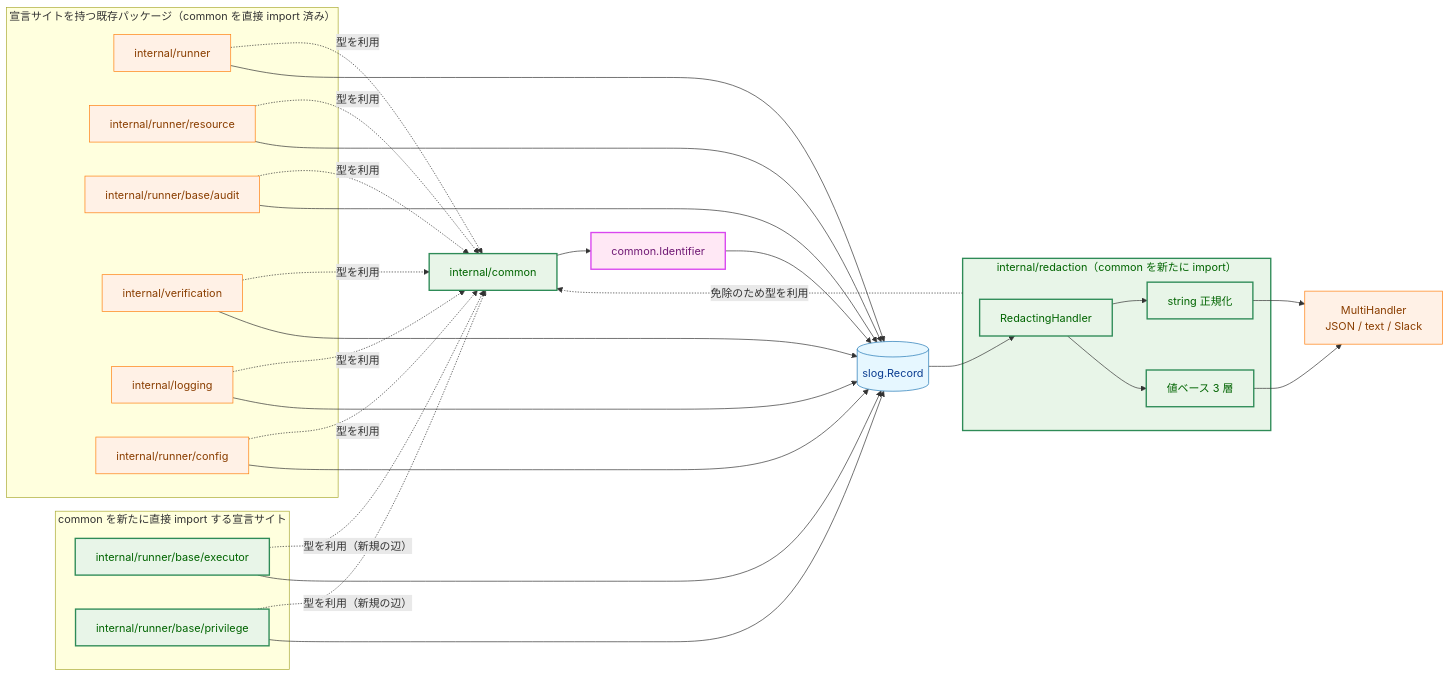
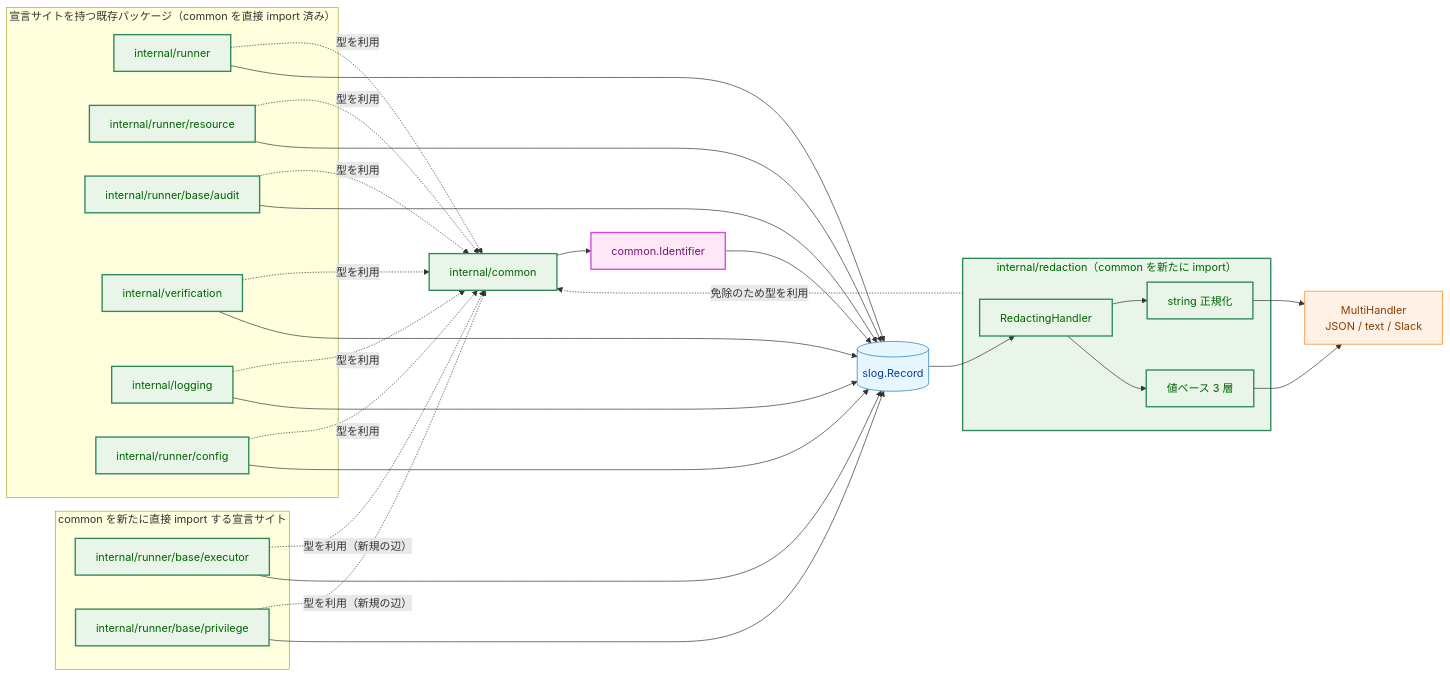
One commit to isseis/go-safe-cmd-runner changed the third of 12 diagrams in docs/tasks/0173_identifier_redaction_exemption/02_architecture.md. Above: the diagram before and after it, drawn with Mermaid. The commit also changed other lines of this file and 1 other file, not shown here.

First line of the commit message:
docs(0173): refine architecture and fix requirements cross-references

````diff
--- a/docs/tasks/0173_identifier_redaction_exemption/02_architecture.md
+++ b/docs/tasks/0173_identifier_redaction_exemption/02_architecture.md
@@ -122,63 +122,63 @@
 ```mermaid
 flowchart LR
     classDef data fill:#e6f7ff,stroke:#1f77b4,stroke-width:1px,color:#0b3d91;
     classDef process fill:#fff1e6,stroke:#ff7f0e,stroke-width:1px,color:#8a3e00;
     classDef enhanced fill:#e8f5e8,stroke:#2e8b57,stroke-width:2px,color:#006400;
     classDef newpkg fill:#ffe8f5,stroke:#d946ef,stroke-width:2px,color:#701a75;
 
     subgraph Producers["宣言サイトを持つ既存パッケージ（common を直接 import 済み）"]
         RUNNER["internal/runner"]
         RESOURCE["internal/runner/resource"]
         AUDIT["internal/runner/base/audit"]
         VERIFY["internal/verification"]
         LOGSEC["internal/logging"]
         CFGPKG["internal/runner/config"]
     end
 
     subgraph NewEdges["common を新たに直接 import する宣言サイト"]
         EXECPKG["internal/runner/base/executor"]
         PRIVPKG["internal/runner/base/privilege"]
     end
 
     COMMON["internal/common"]
     ID["common.Identifier"]
 
     subgraph Redaction["internal/redaction（common を新たに import）"]
         RH["RedactingHandler"]
         EX["string 正規化"]
         VC["値ベース 3 層"]
     end
 
     RECORD[("slog.Record")]
     DOWN["MultiHandler<br>JSON / text / Slack"]
 
     RUNNER -.->|"型を利用"| COMMON
     RESOURCE -.->|"型を利用"| COMMON
     AUDIT -.->|"型を利用"| COMMON
     VERIFY -.->|"型を利用"| COMMON
     LOGSEC -.->|"型を利用"| COMMON
     CFGPKG -.->|"型を利用"| COMMON
     EXECPKG -.->|"型を利用（新規の辺）"| COMMON
     PRIVPKG -.->|"型を利用（新規の辺）"| COMMON
     Redaction -.->|"免除のため型を利用"| COMMON
     COMMON --> ID
     RUNNER --> RECORD
     RESOURCE --> RECORD
     AUDIT --> RECORD
     VERIFY --> RECORD
     LOGSEC --> RECORD
     CFGPKG --> RECORD
     EXECPKG --> RECORD
     PRIVPKG --> RECORD
     ID --> RECORD
     RECORD --> RH
     RH --> EX
     RH --> VC
     EX --> DOWN
     VC --> DOWN
 
     class RECORD data
-    class RUNNER,RESOURCE,AUDIT,VERIFY,LOGSEC,CFGPKG,DOWN process
-    class COMMON,EXECPKG,PRIVPKG,Redaction,RH,EX,VC enhanced
+    class DOWN process
+    class COMMON,RUNNER,RESOURCE,AUDIT,VERIFY,LOGSEC,CFGPKG,EXECPKG,PRIVPKG,Redaction,RH,EX,VC enhanced
     class ID newpkg
 ```
````
